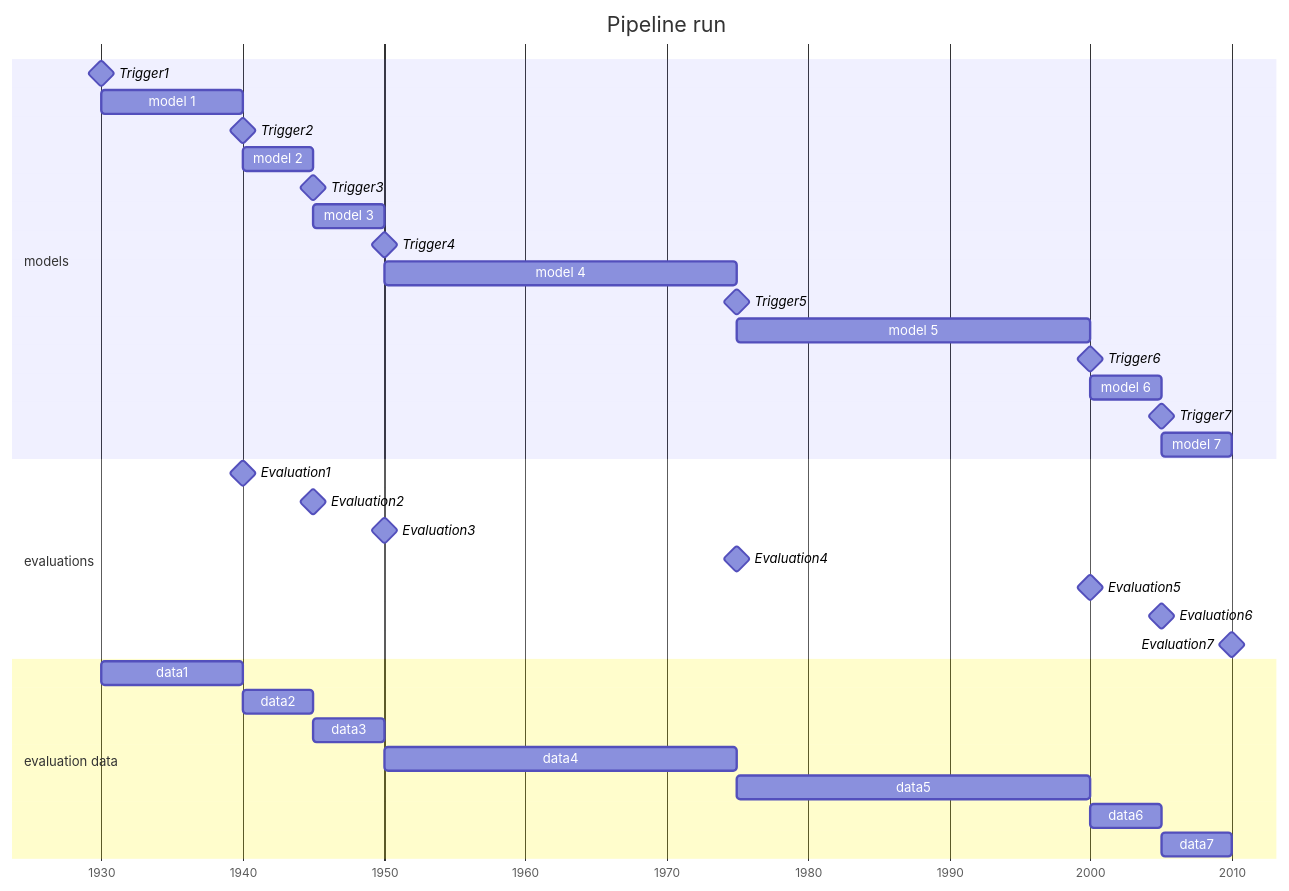
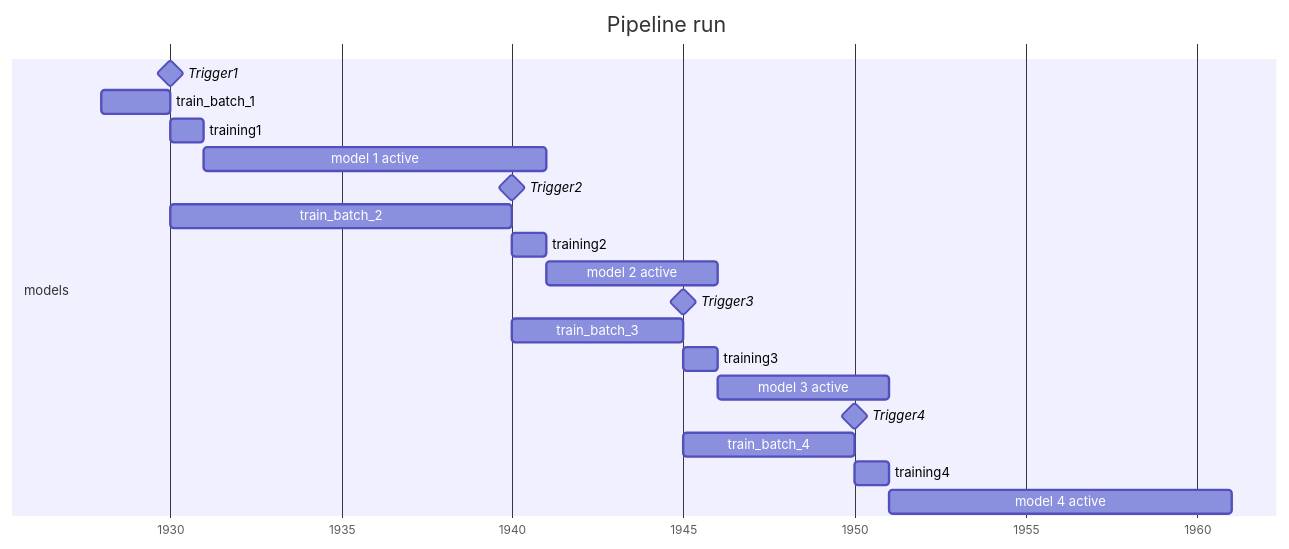
Before and after one commit to eth-easl/modyn: the third of 4 diagrams in docs/EVALUATION.md, drawn with Mermaid. The commit also changed other lines of this file, not shown here.

````diff
--- a/docs/EVALUATION.md
+++ b/docs/EVALUATION.md
@@ -129,37 +231,26 @@
 ```mermaid
 gantt
     title Pipeline run
     dateFormat YYYY-MM-DD
     axisFormat %Y
     section models
-        Trigger1 :milestone, 1930, 0d
-        model 1          :a1, 1930, 10y
-        Trigger2 :milestone, :after a1
-        model 2          :a2, after a1, 5y
-        Trigger3 :milestone, :after a2
-        model 3          :a3, after a2, 5y
-        Trigger4 :milestone, :after a3
-        model 4          :a4, after a3, 25y
-        Trigger5 :milestone, :after a4
-        model 5          :a5, after a4, 25y
-        Trigger6 :milestone, :after a5
-        model 6          :a6, after a5, 5y
-        Trigger7 :milestone, :after a6
-        model 7          :a7, after a6, 5y
-    section evaluations
-        Evaluation1 :milestone, 1940, 0d
-        Evaluation2 :milestone, 1945, 0d
-        Evaluation3 :milestone, 1950, 0d
-        Evaluation4 :milestone, 1975, 0d
-        Evaluation5 :milestone, 2000, 0d
-        Evaluation6 :milestone, 2005, 0d
-        Evaluation7 :milestone, 2010, 0d
-    section evaluation data
-        data1 :e1, 1930, 10y
-        data2 :e2, after e1, 5y
-        data3 :e3, after e2, 5y
-        data4 :e4, after e3, 25y
-        data5 :e5, after e4, 25y
-        data6 :e6, after e5, 5y
-        data7 :e7, after e6, 5y
+        Trigger1 :milestone, t1, 1930, 0d
+        train_batch_1 :a10, 1928, 2y
+        training1 :a11, after t1, 1y
+        model 1 active          :a12, after a11, until a22
+
+        Trigger2 :milestone, t2, 1940, 0d
+        train_batch_2 :a20, after a10, until t2
+        training2 :a21, after t2, 1y
+        model 2 active          :a22, after a21, until a32
+
+        Trigger3 :milestone, t3, 1945, 0d
+        train_batch_3 :a30, after a20, until t3
+        training3 :a31, after t3, 1y
+        model 3 active          :a32, after a31, until a42
+
+        Trigger4 :milestone, t4, 1950, 0d
+        train_batch_4 :a40, after a30, until t4
+        training4 :a41, after t4, 1y
+        model 4 active          :a42, after a41, 10y
 ```
````
